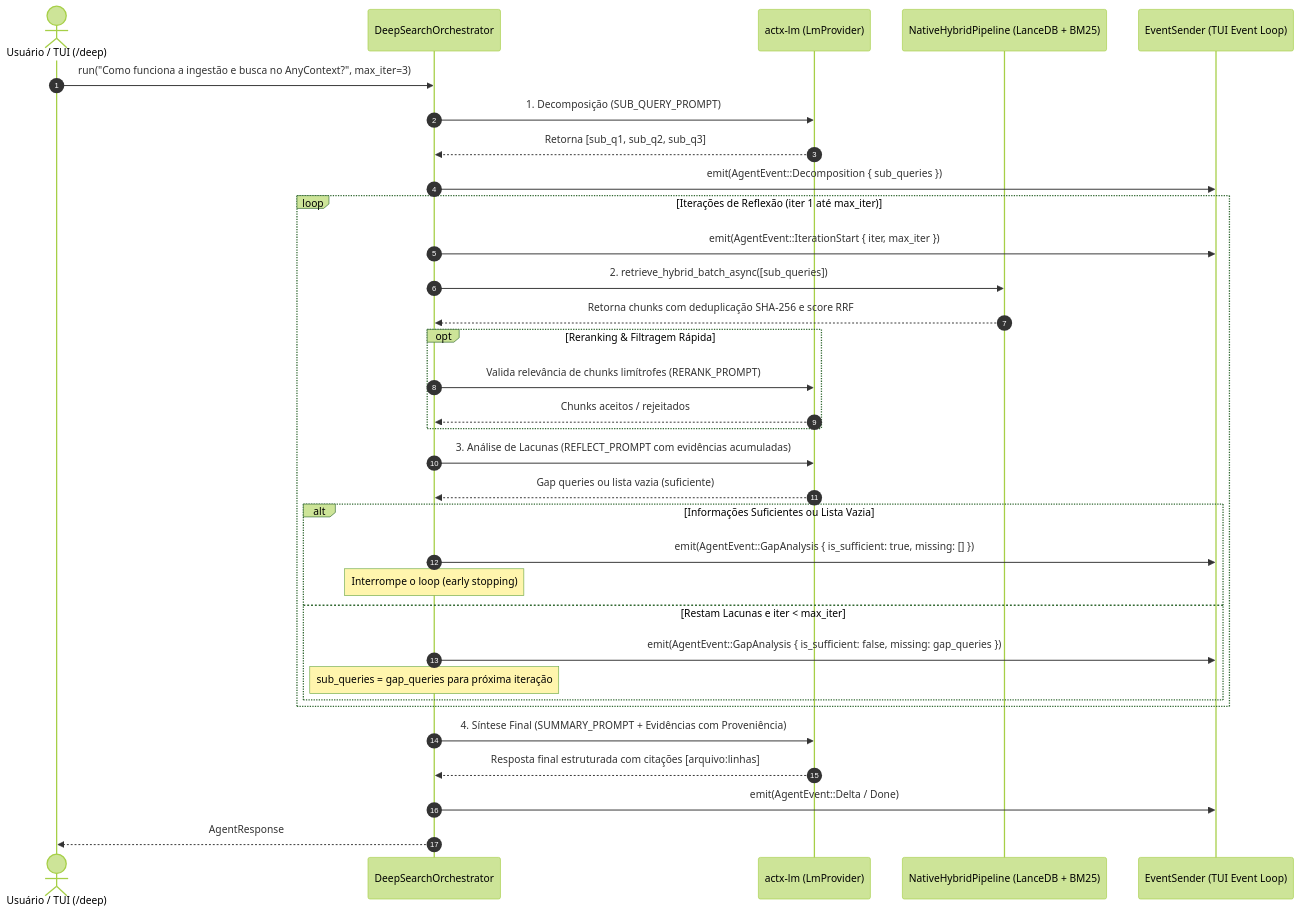
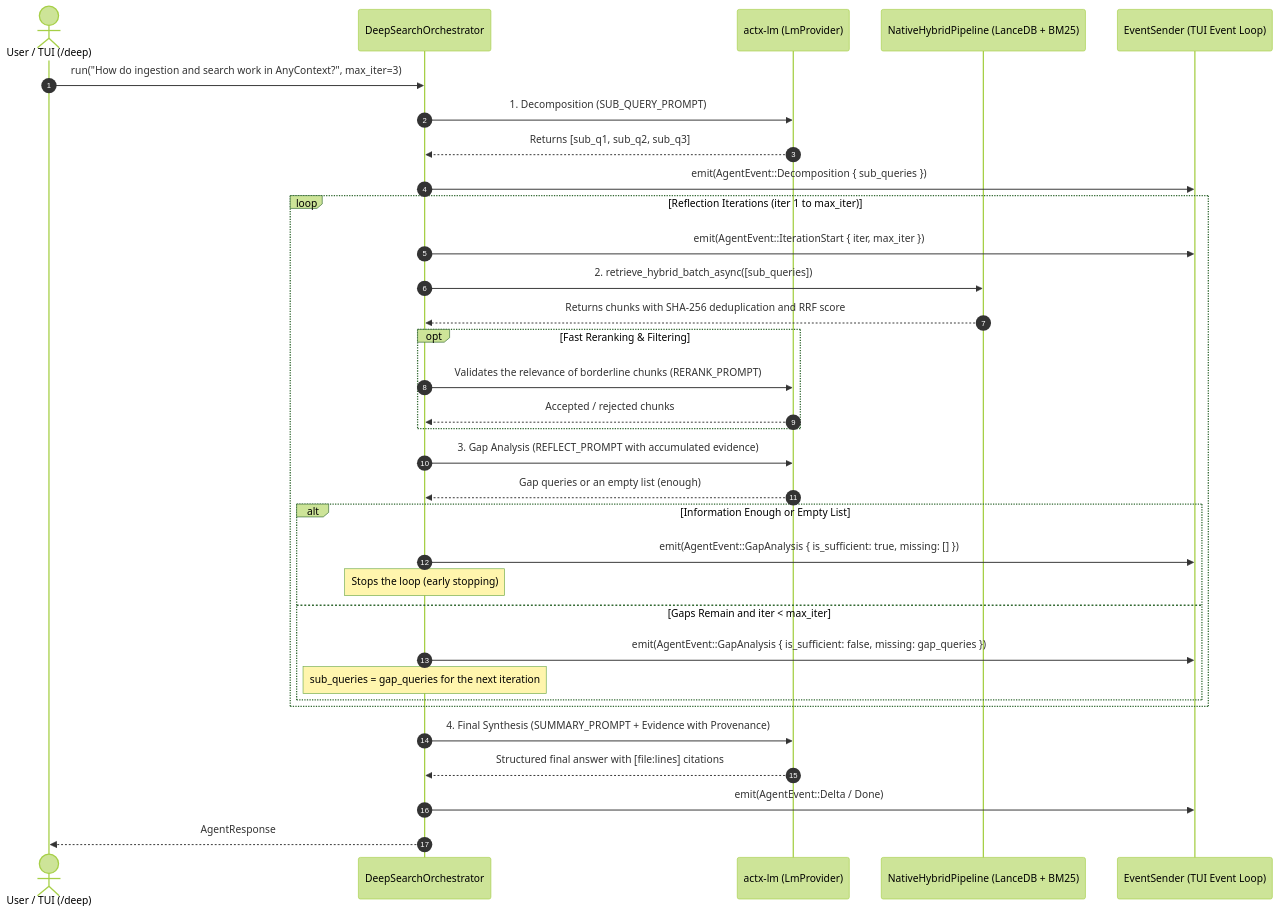
The diagram in docs/plans/any_context_blueprint_fase2_rfc042_deep_search_engine_rust_native.md (Levix-Digital/any-context), drawn with Mermaid (forest theme) before and after one commit. The commit also changed other lines of this file and 1 other file, not shown here.

First line of the commit message:
docs(plans): translate the Deep Search phase 2 and v0.32.7 grounding plans to English

````diff
--- a/docs/plans/any_context_blueprint_fase2_rfc042_deep_search_engine_rust_native.md
+++ b/docs/plans/any_context_blueprint_fase2_rfc042_deep_search_engine_rust_native.md
@@ -76,41 +76,41 @@
 ```mermaid
 sequenceDiagram
     autonumber
-    actor User as Usuário / TUI (/deep)
+    actor User as User / TUI (/deep)
     participant DSO as DeepSearchOrchestrator
     participant LM as actx-lm (LmProvider)
     participant NHP as NativeHybridPipeline (LanceDB + BM25)
     participant UI as EventSender (TUI Event Loop)
 
-    User->>DSO: run("Como funciona a ingestão e busca no AnyContext?", max_iter=3)
-    DSO->>LM: 1. Decomposição (SUB_QUERY_PROMPT)
-    LM-->>DSO: Retorna [sub_q1, sub_q2, sub_q3]
+    User->>DSO: run("How do ingestion and search work in AnyContext?", max_iter=3)
+    DSO->>LM: 1. Decomposition (SUB_QUERY_PROMPT)
+    LM-->>DSO: Returns [sub_q1, sub_q2, sub_q3]
     DSO->>UI: emit(AgentEvent::Decomposition { sub_queries })
 
-    loop Iterações de Reflexão (iter 1 até max_iter)
+    loop Reflection Iterations (iter 1 to max_iter)
         DSO->>UI: emit(AgentEvent::IterationStart { iter, max_iter })
         DSO->>NHP: 2. retrieve_hybrid_batch_async([sub_queries])
-        NHP-->>DSO: Retorna chunks com deduplicação SHA-256 e score RRF
+        NHP-->>DSO: Returns chunks with SHA-256 deduplication and RRF score
         
-        opt Reranking & Filtragem Rápida
-            DSO->>LM: Valida relevância de chunks limítrofes (RERANK_PROMPT)
-            LM-->>DSO: Chunks aceitos / rejeitados
+        opt Fast Reranking & Filtering
+            DSO->>LM: Validates the relevance of borderline chunks (RERANK_PROMPT)
+            LM-->>DSO: Accepted / rejected chunks
         end
         
-        DSO->>LM: 3. Análise de Lacunas (REFLECT_PROMPT com evidências acumuladas)
-        LM-->>DSO: Gap queries ou lista vazia (suficiente)
+        DSO->>LM: 3. Gap Analysis (REFLECT_PROMPT with accumulated evidence)
+        LM-->>DSO: Gap queries or an empty list (enough)
         
-        alt Informações Suficientes ou Lista Vazia
+        alt Information Enough or Empty List
             DSO->>UI: emit(AgentEvent::GapAnalysis { is_sufficient: true, missing: [] })
-            note over DSO: Interrompe o loop (early stopping)
-        else Restam Lacunas e iter < max_iter
+            note over DSO: Stops the loop (early stopping)
+        else Gaps Remain and iter < max_iter
             DSO->>UI: emit(AgentEvent::GapAnalysis { is_sufficient: false, missing: gap_queries })
-            note over DSO: sub_queries = gap_queries para próxima iteração
+            note over DSO: sub_queries = gap_queries for the next iteration
         end
     end
 
-    DSO->>LM: 4. Síntese Final (SUMMARY_PROMPT + Evidências com Proveniência)
-    LM-->>DSO: Resposta final estruturada com citações [arquivo:linhas]
+    DSO->>LM: 4. Final Synthesis (SUMMARY_PROMPT + Evidence with Provenance)
+    LM-->>DSO: Structured final answer with [file:lines] citations
     DSO->>UI: emit(AgentEvent::Delta / Done)
     DSO-->>User: AgentResponse
 ```
````
